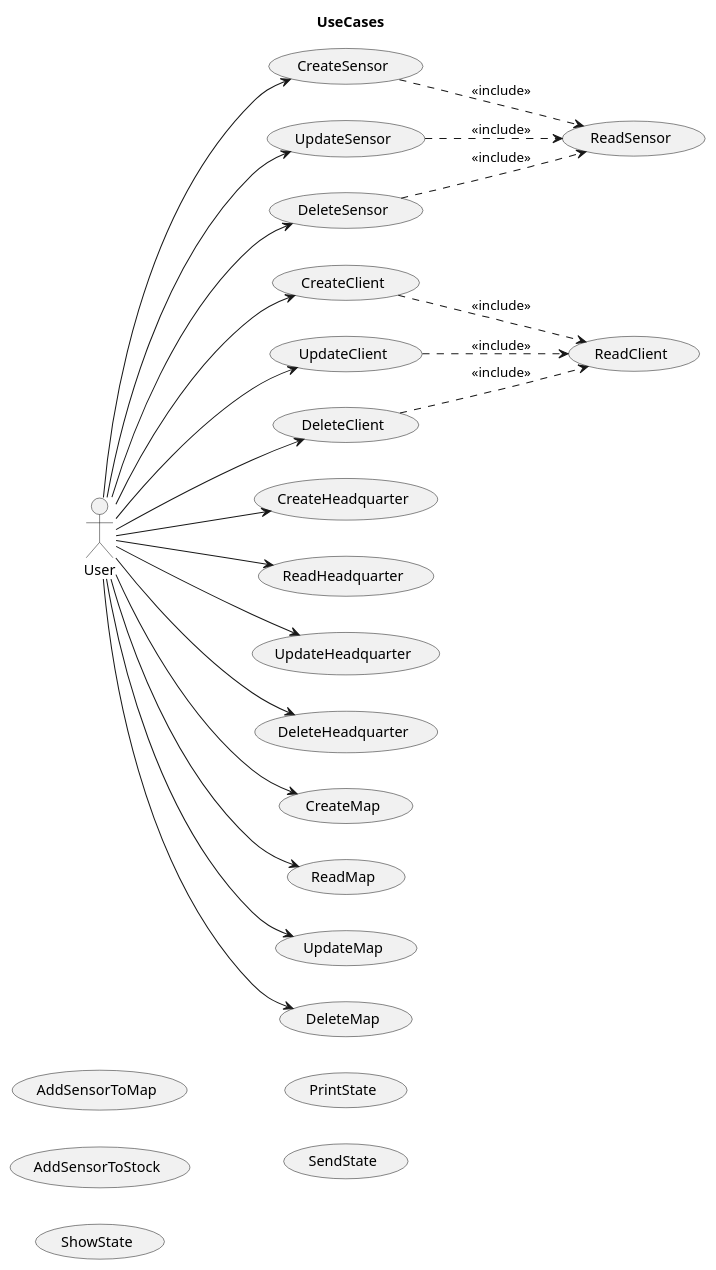
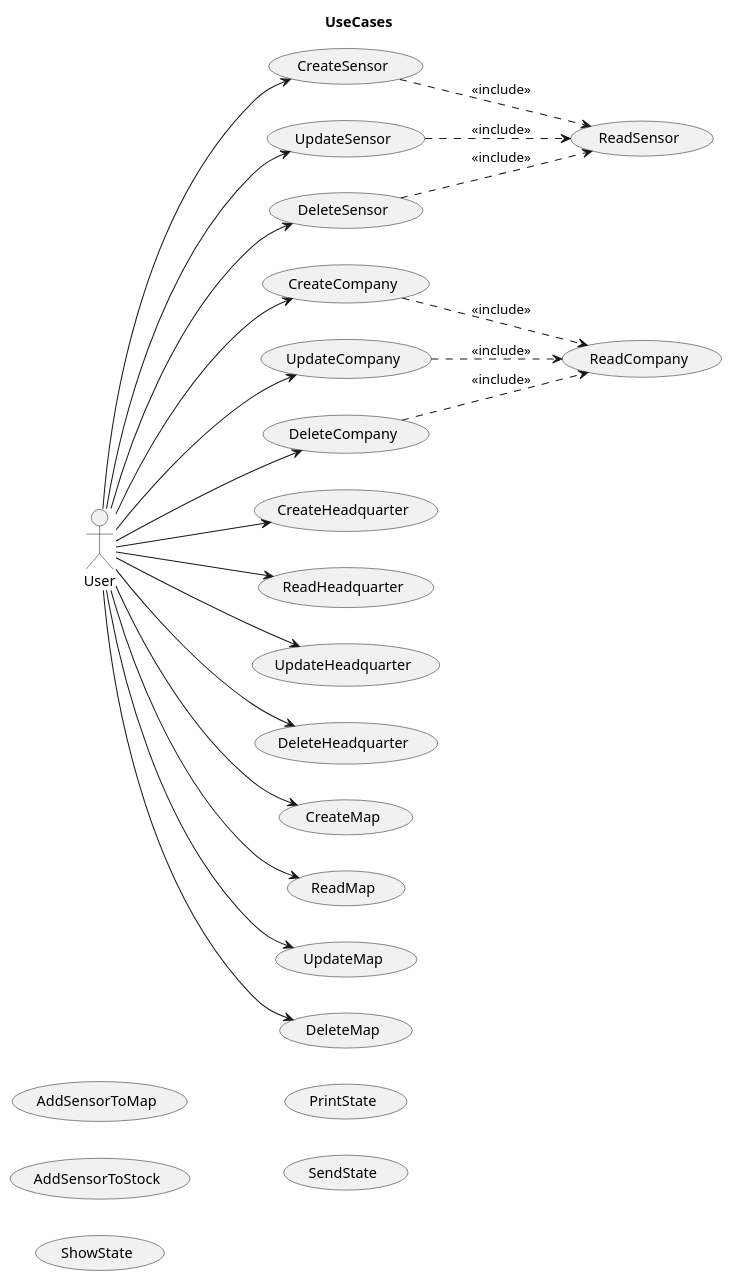
One commit to jumpering/pestmonitors changed the diagram in docs/src/useCase/useCase.puml. Above: the diagram before and after it, drawn with PlantUML. The commit also changed 8 other files, not shown here.

```diff
--- a/docs/src/useCase/useCase.puml
+++ b/docs/src/useCase/useCase.puml
@@ -1,60 +1,57 @@
 @startuml
 title UseCases
 left to right direction
 actor User
 
 usecase CreateSensor
 usecase ReadSensor
 usecase UpdateSensor
 usecase DeleteSensor
 usecase AddSensorToMap
 usecase AddSensorToStock
 
 usecase ShowState
 usecase PrintState
 usecase SendState
 
-usecase CreateClient
-usecase ReadClient
-usecase UpdateClient
-usecase DeleteClient
+usecase CreateCompany
+usecase ReadCompany
+usecase UpdateCompany
+usecase DeleteCompany
 
 usecase CreateHeadquarter
 usecase ReadHeadquarter
 usecase UpdateHeadquarter
 usecase DeleteHeadquarter
 
 usecase CreateMap
 usecase ReadMap
 usecase UpdateMap
 usecase DeleteMap
 
 
 User --> CreateSensor
 CreateSensor ..> ReadSensor  : "<<include>>"
-'User --> ReadSensor
 User --> UpdateSensor
 UpdateSensor ..> ReadSensor  : "<<include>>"
 User --> DeleteSensor
 DeleteSensor ..> ReadSensor  : "<<include>>"
 
 
-User --> CreateClient
-CreateClient ..> ReadClient : "<<include>>"
-'User --> ReadClient
-User --> UpdateClient
-UpdateClient ..> ReadClient : "<<include>>"
-User --> DeleteClient
-DeleteClient ..> ReadClient : "<<include>>"
+User --> CreateCompany
+CreateCompany ..> ReadCompany : "<<include>>"
+User --> UpdateCompany
+UpdateCompany ..> ReadCompany : "<<include>>"
+User --> DeleteCompany
+DeleteCompany ..> ReadCompany : "<<include>>"
 
 User --> CreateHeadquarter
 User --> ReadHeadquarter
 User --> UpdateHeadquarter
 User --> DeleteHeadquarter
 
 User --> CreateMap
 User --> ReadMap
 User --> UpdateMap
 User --> DeleteMap
-
 @enduml
```
